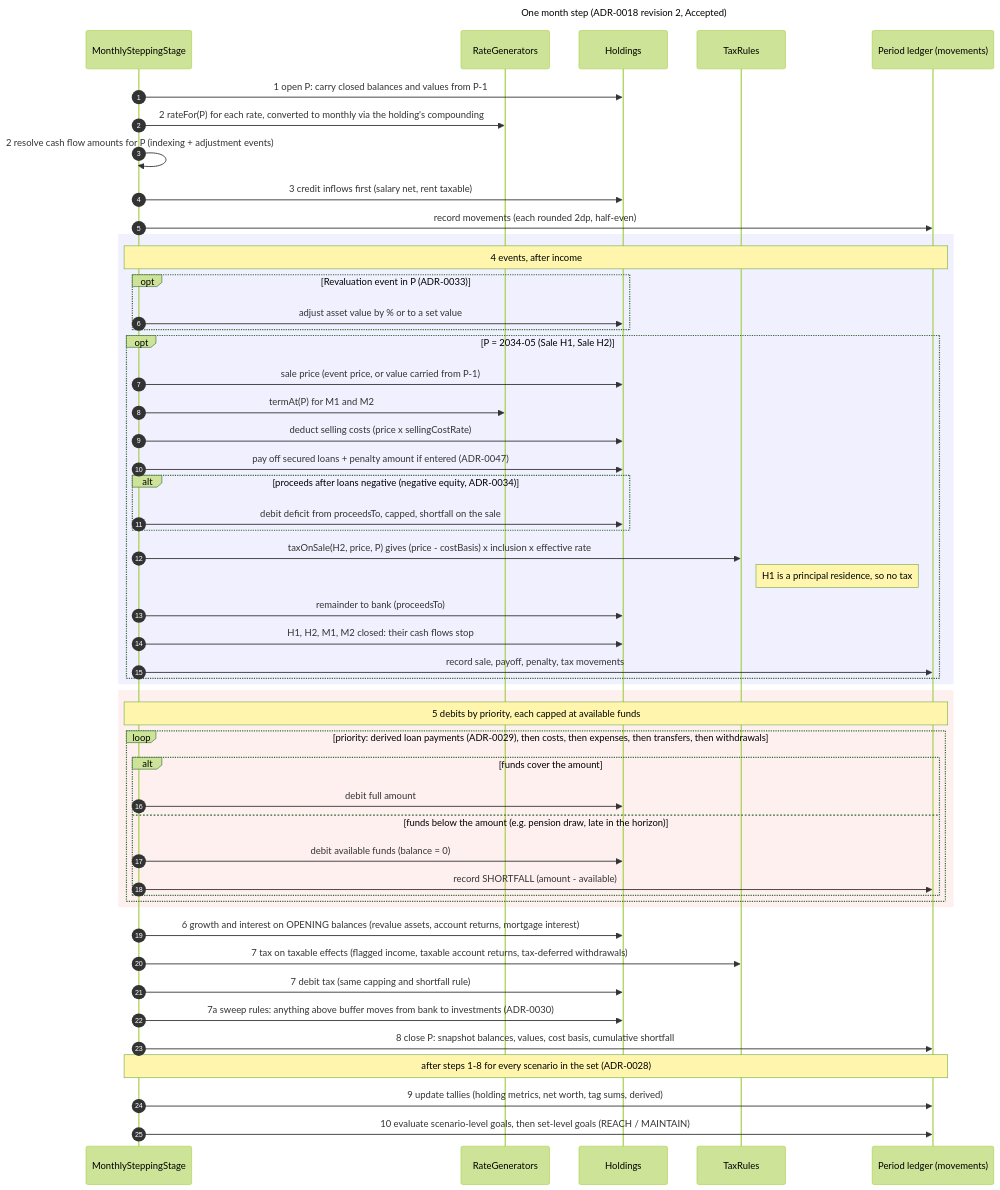
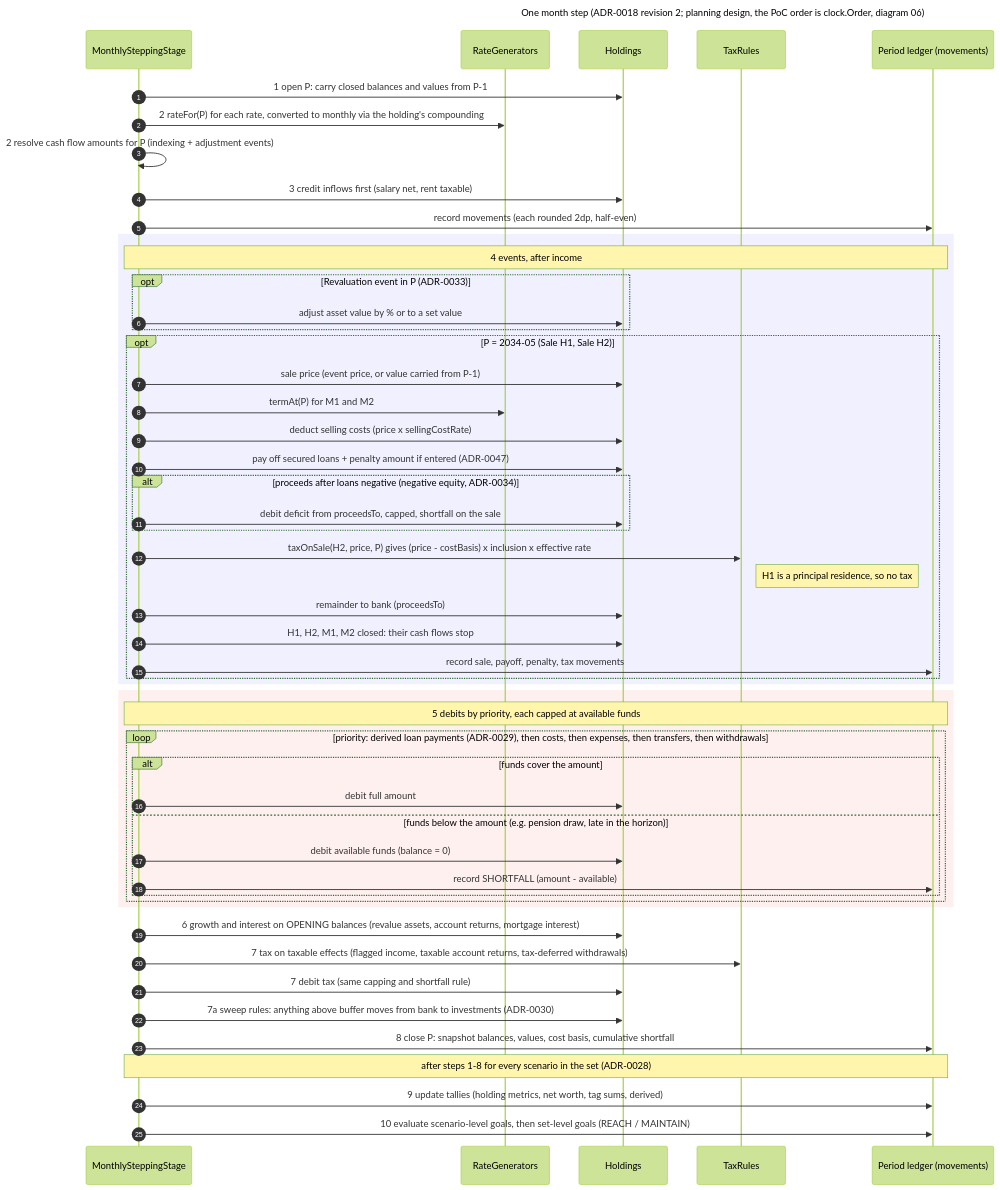
One commit to droopy4096/sloppy-wealth changed the diagram in diagrams/04-sequence-month-step.mmd. Above: the diagram before and after it, drawn with Mermaid (forest theme). The commit also changed 63 other files, not shown here.

```diff
--- a/diagrams/04-sequence-month-step.mmd
+++ b/diagrams/04-sequence-month-step.mmd
@@ -1,59 +1,59 @@
 ---
-title: One month step (ADR-0018 revision 2, Accepted)
+title: One month step (ADR-0018 revision 2; planning design, the PoC order is clock.Order, diagram 06)
 ---
 sequenceDiagram
     autonumber
     participant MS as MonthlySteppingStage
     participant RG as RateGenerators
     participant H as Holdings
     participant TX as TaxRules
     participant L as Period ledger (movements)
 
     MS->>H: 1 open P: carry closed balances and values from P-1
     MS->>RG: 2 rateFor(P) for each rate, converted to monthly via the holding's compounding
     MS->>MS: 2 resolve cash flow amounts for P (indexing + adjustment events)
 
     MS->>H: 3 credit inflows first (salary net, rent taxable)
     MS->>L: record movements (each rounded 2dp, half-even)
 
     rect rgb(240,240,255)
     Note over MS,L: 4 events, after income
     opt Revaluation event in P (ADR-0033)
         MS->>H: adjust asset value by % or to a set value
     end
     opt P = 2034-05 (Sale H1, Sale H2)
         MS->>H: sale price (event price, or value carried from P-1)
         MS->>RG: termAt(P) for M1 and M2
         MS->>H: deduct selling costs (price x sellingCostRate)
         MS->>H: pay off secured loans + penalty amount if entered (ADR-0047)
         alt proceeds after loans negative (negative equity, ADR-0034)
             MS->>H: debit deficit from proceedsTo, capped, shortfall on the sale
         end
         MS->>TX: taxOnSale(H2, price, P) gives (price - costBasis) x inclusion x effective rate
         Note right of TX: H1 is a principal residence, so no tax
         MS->>H: remainder to bank (proceedsTo)
         MS->>H: H1, H2, M1, M2 closed: their cash flows stop
         MS->>L: record sale, payoff, penalty, tax movements
     end
     end
 
     rect rgb(255,240,240)
     Note over MS,L: 5 debits by priority, each capped at available funds
     loop priority: derived loan payments (ADR-0029), then costs, then expenses, then transfers, then withdrawals
         alt funds cover the amount
             MS->>H: debit full amount
         else funds below the amount (e.g. pension draw, late in the horizon)
             MS->>H: debit available funds (balance = 0)
             MS->>L: record SHORTFALL (amount - available)
         end
     end
     end
 
     MS->>H: 6 growth and interest on OPENING balances (revalue assets, account returns, mortgage interest)
     MS->>TX: 7 tax on taxable effects (flagged income, taxable account returns, tax-deferred withdrawals)
     MS->>H: 7 debit tax (same capping and shortfall rule)
     MS->>H: 7a sweep rules: anything above buffer moves from bank to investments (ADR-0030)
     MS->>L: 8 close P: snapshot balances, values, cost basis, cumulative shortfall
     Note over MS,L: after steps 1-8 for every scenario in the set (ADR-0028)
     MS->>L: 9 update tallies (holding metrics, net worth, tag sums, derived)
     MS->>L: 10 evaluate scenario-level goals, then set-level goals (REACH / MAINTAIN)
```
